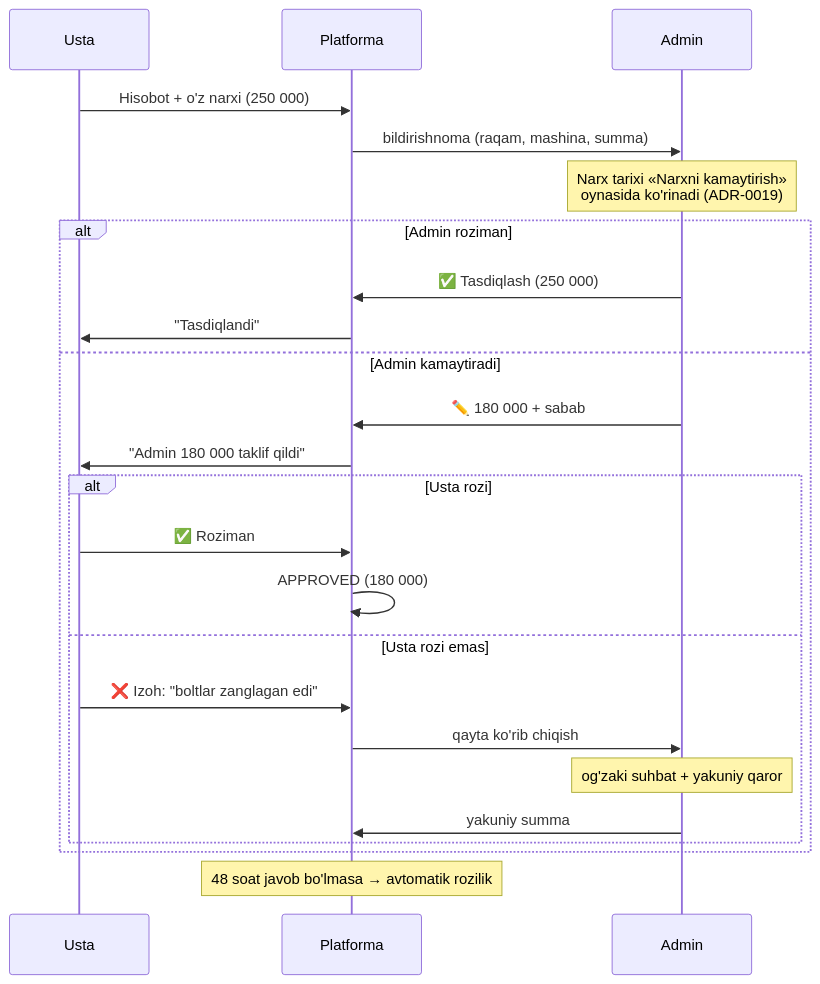
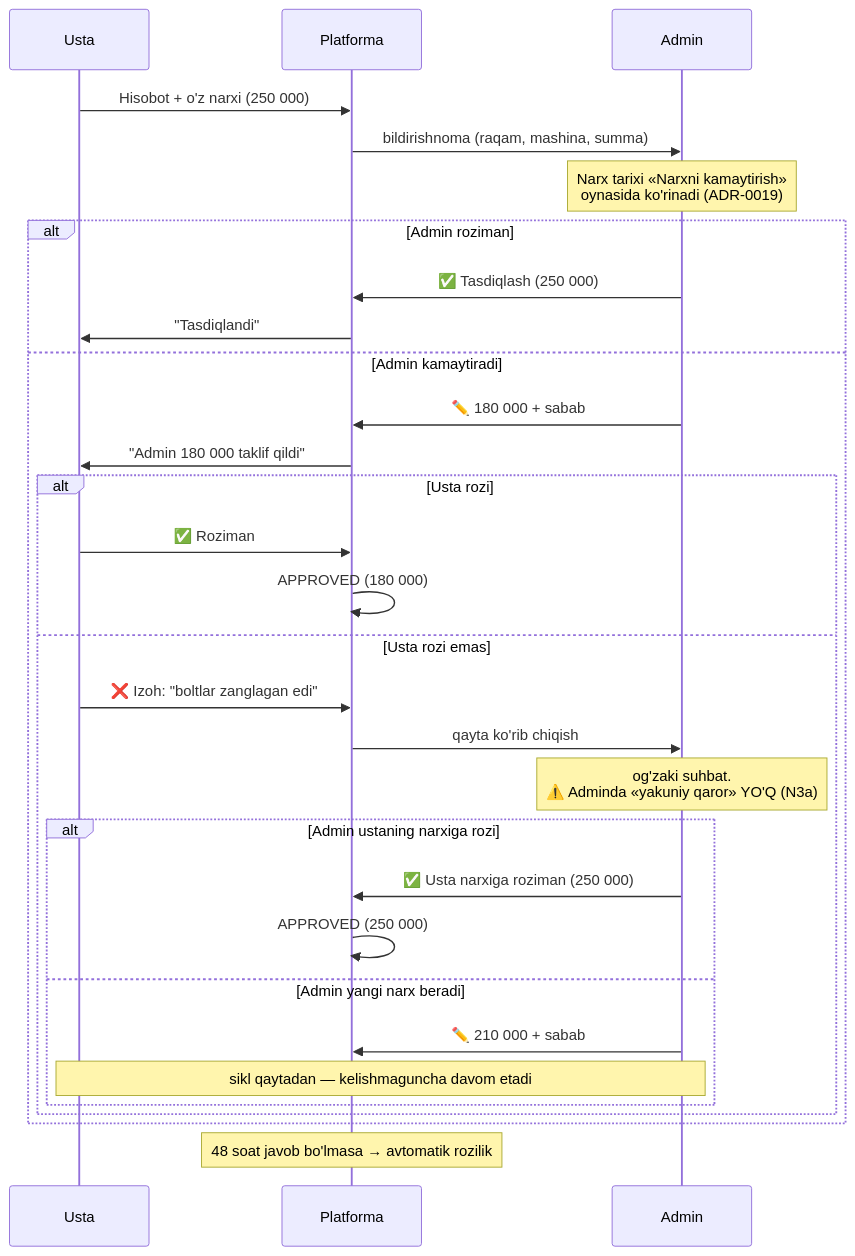
The diagram in docs/04-flows/04-price-negotiation.md (mcodevs/novacore_platform), drawn with Mermaid before and after one commit. The commit also changed other lines of this file and 36 other files, not shown here.

First line of the commit message:
Usta oqimi UX: mustaqil qadamlar, bitta yuborish, nizoda yakuniy qaror yo'q

````diff
--- a/docs/04-flows/04-price-negotiation.md
+++ b/docs/04-flows/04-price-negotiation.md
@@ -38,28 +38,34 @@
 ```mermaid
 sequenceDiagram
     participant U as Usta
     participant P as Platforma
     participant A as Admin
 
     U->>P: Hisobot + o'z narxi (250 000)
     P->>A: bildirishnoma (raqam, mashina, summa)
     Note over A: Narx tarixi «Narxni kamaytirish»<br/>oynasida ko'rinadi (ADR-0019)
 
     alt Admin roziman
         A->>P: ✅ Tasdiqlash (250 000)
         P->>U: "Tasdiqlandi"
     else Admin kamaytiradi
         A->>P: ✏️ 180 000 + sabab
         P->>U: "Admin 180 000 taklif qildi"
         alt Usta rozi
             U->>P: ✅ Roziman
             P->>P: APPROVED (180 000)
         else Usta rozi emas
             U->>P: ❌ Izoh: "boltlar zanglagan edi"
             P->>A: qayta ko'rib chiqish
-            Note over A: og'zaki suhbat + yakuniy qaror
-            A->>P: yakuniy summa
+            Note over A: og'zaki suhbat.<br/>⚠️ Adminda «yakuniy qaror» YO'Q (N3a)
+            alt Admin ustaning narxiga rozi
+                A->>P: ✅ Usta narxiga roziman (250 000)
+                P->>P: APPROVED (250 000)
+            else Admin yangi narx beradi
+                A->>P: ✏️ 210 000 + sabab
+                Note over U,A: sikl qaytadan — kelishmaguncha davom etadi
+            end
         end
     end
     Note over P: 48 soat javob bo'lmasa → avtomatik rozilik
 ```
````
